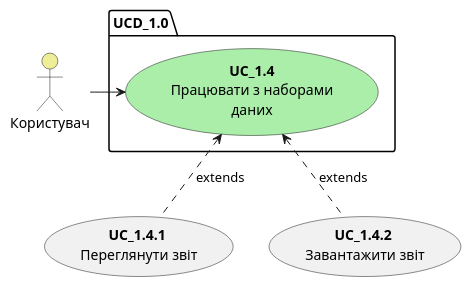
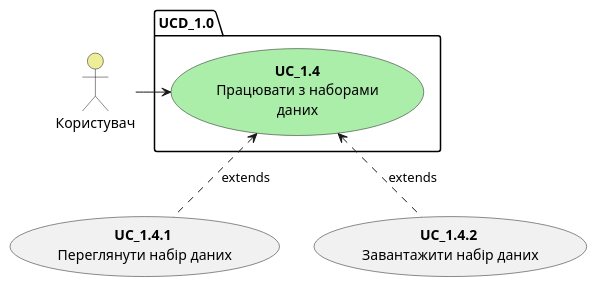
Before and after one commit to boldak/database_basics_template: the diagram in src/uml/UCD_1.0.puml, drawn with PlantUML.

```diff
--- a/src/uml/UCD_1.0.puml
+++ b/src/uml/UCD_1.0.puml
@@ -1,16 +1,16 @@
 @startuml
 package UCD_1.0 {
         usecase "<b>UC_1.4</b>\nПрацювати з наборами\nданих" as UC_1.4 #aaeeaa
     }
 
     actor "Користувач" as Author #eeee99
     
-    usecase "<b>UC_1.4.1</b> \nПереглянути звіт" as UC_1.4.1
-    usecase "<b>UC_1.4.2</b> \nЗавантажити звіт" as UC_1.4.2
+    usecase "<b>UC_1.4.1</b> \nПереглянути набір даних" as UC_1.4.1
+    usecase "<b>UC_1.4.2</b> \nЗавантажити набір даних" as UC_1.4.2
 
 
     Author -r-> UC_1.4
     
     UC_1.4.1 .u.> UC_1.4: extends
     UC_1.4.2 .u.> UC_1.4: extends
 @enduml
```
